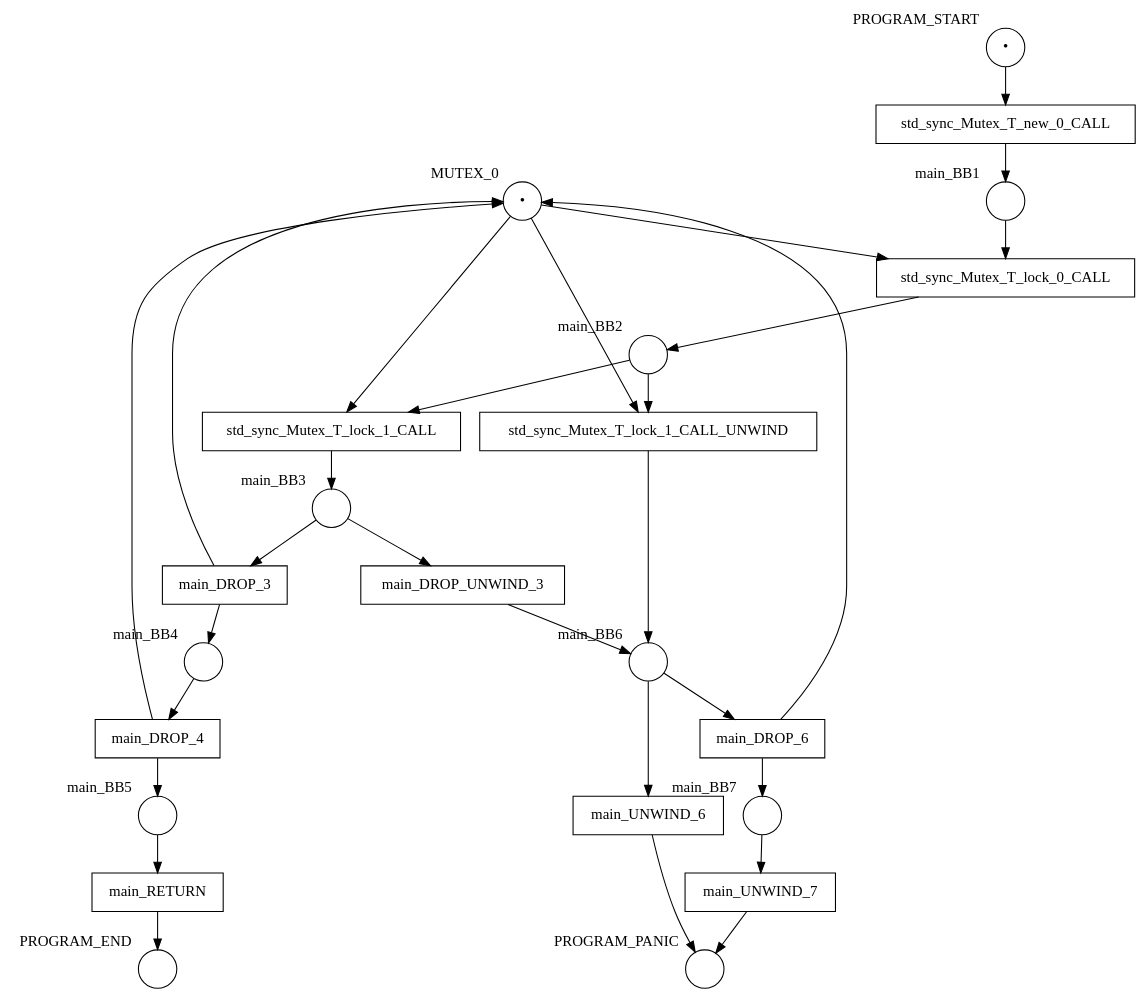
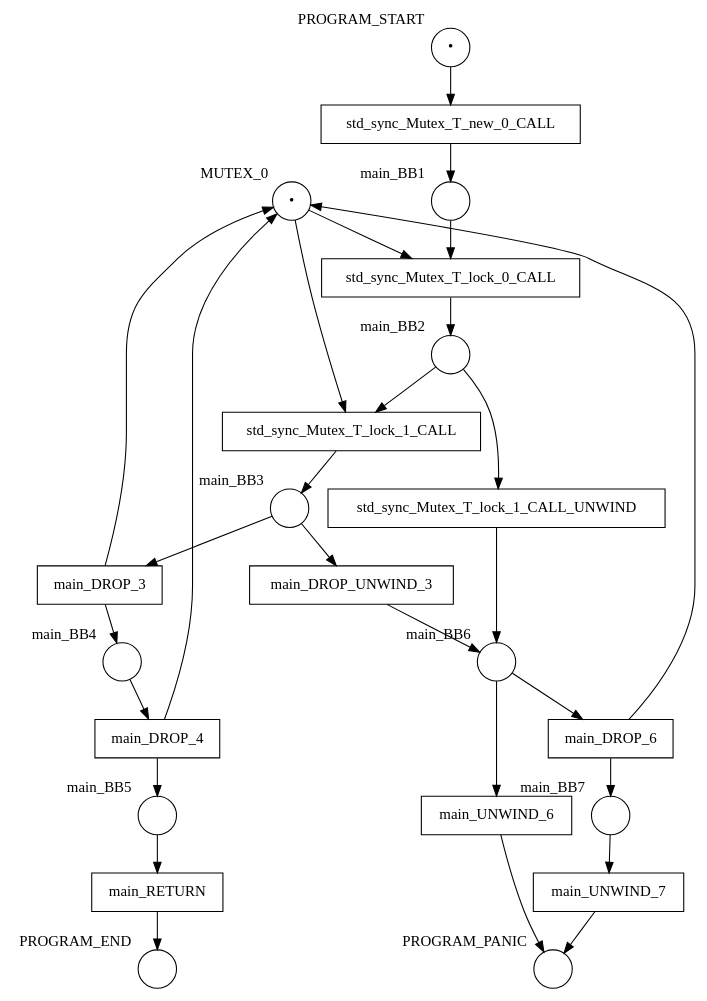
One commit to hlisdero/cargo-check-deadlock changed the diagram in examples/results/mutex/double_lock_deadlock/net.dot. Above: the diagram before and after it, drawn with Graphviz. The commit also changed 21 other files, not shown here.

First line of the commit message:
Do not connect `std::sync::mutex::lock` unwind transition to mutex place

```diff
--- a/examples/results/mutex/double_lock_deadlock/net.dot
+++ b/examples/results/mutex/double_lock_deadlock/net.dot
@@ -1,52 +1,51 @@
 digraph petrinet {
     MUTEX_0 [shape="circle" xlabel="MUTEX_0" label="•"];
     PROGRAM_END [shape="circle" xlabel="PROGRAM_END" label=""];
     PROGRAM_PANIC [shape="circle" xlabel="PROGRAM_PANIC" label=""];
     PROGRAM_START [shape="circle" xlabel="PROGRAM_START" label="•"];
     main_BB1 [shape="circle" xlabel="main_BB1" label=""];
     main_BB2 [shape="circle" xlabel="main_BB2" label=""];
     main_BB3 [shape="circle" xlabel="main_BB3" label=""];
     main_BB4 [shape="circle" xlabel="main_BB4" label=""];
     main_BB5 [shape="circle" xlabel="main_BB5" label=""];
     main_BB6 [shape="circle" xlabel="main_BB6" label=""];
     main_BB7 [shape="circle" xlabel="main_BB7" label=""];
     main_DROP_3 [shape="box" xlabel="" label="main_DROP_3"];
     main_DROP_4 [shape="box" xlabel="" label="main_DROP_4"];
     main_DROP_6 [shape="box" xlabel="" label="main_DROP_6"];
     main_DROP_UNWIND_3 [shape="box" xlabel="" label="main_DROP_UNWIND_3"];
     main_RETURN [shape="box" xlabel="" label="main_RETURN"];
     main_UNWIND_6 [shape="box" xlabel="" label="main_UNWIND_6"];
     main_UNWIND_7 [shape="box" xlabel="" label="main_UNWIND_7"];
     std_sync_Mutex_T_lock_0_CALL [shape="box" xlabel="" label="std_sync_Mutex_T_lock_0_CALL"];
     std_sync_Mutex_T_lock_1_CALL [shape="box" xlabel="" label="std_sync_Mutex_T_lock_1_CALL"];
     std_sync_Mutex_T_lock_1_CALL_UNWIND [shape="box" xlabel="" label="std_sync_Mutex_T_lock_1_CALL_UNWIND"];
     std_sync_Mutex_T_new_0_CALL [shape="box" xlabel="" label="std_sync_Mutex_T_new_0_CALL"];
     MUTEX_0 -> std_sync_Mutex_T_lock_0_CALL;
     MUTEX_0 -> std_sync_Mutex_T_lock_1_CALL;
-    MUTEX_0 -> std_sync_Mutex_T_lock_1_CALL_UNWIND;
     PROGRAM_START -> std_sync_Mutex_T_new_0_CALL;
     main_BB1 -> std_sync_Mutex_T_lock_0_CALL;
     main_BB2 -> std_sync_Mutex_T_lock_1_CALL;
     main_BB2 -> std_sync_Mutex_T_lock_1_CALL_UNWIND;
     main_BB3 -> main_DROP_3;
     main_BB3 -> main_DROP_UNWIND_3;
     main_BB4 -> main_DROP_4;
     main_BB5 -> main_RETURN;
     main_BB6 -> main_DROP_6;
     main_BB6 -> main_UNWIND_6;
     main_BB7 -> main_UNWIND_7;
     main_DROP_3 -> MUTEX_0;
     main_DROP_3 -> main_BB4;
     main_DROP_4 -> MUTEX_0;
     main_DROP_4 -> main_BB5;
     main_DROP_6 -> MUTEX_0;
     main_DROP_6 -> main_BB7;
     main_DROP_UNWIND_3 -> main_BB6;
     main_RETURN -> PROGRAM_END;
     main_UNWIND_6 -> PROGRAM_PANIC;
     main_UNWIND_7 -> PROGRAM_PANIC;
     std_sync_Mutex_T_lock_0_CALL -> main_BB2;
     std_sync_Mutex_T_lock_1_CALL -> main_BB3;
     std_sync_Mutex_T_lock_1_CALL_UNWIND -> main_BB6;
     std_sync_Mutex_T_new_0_CALL -> main_BB1;
 }
```
